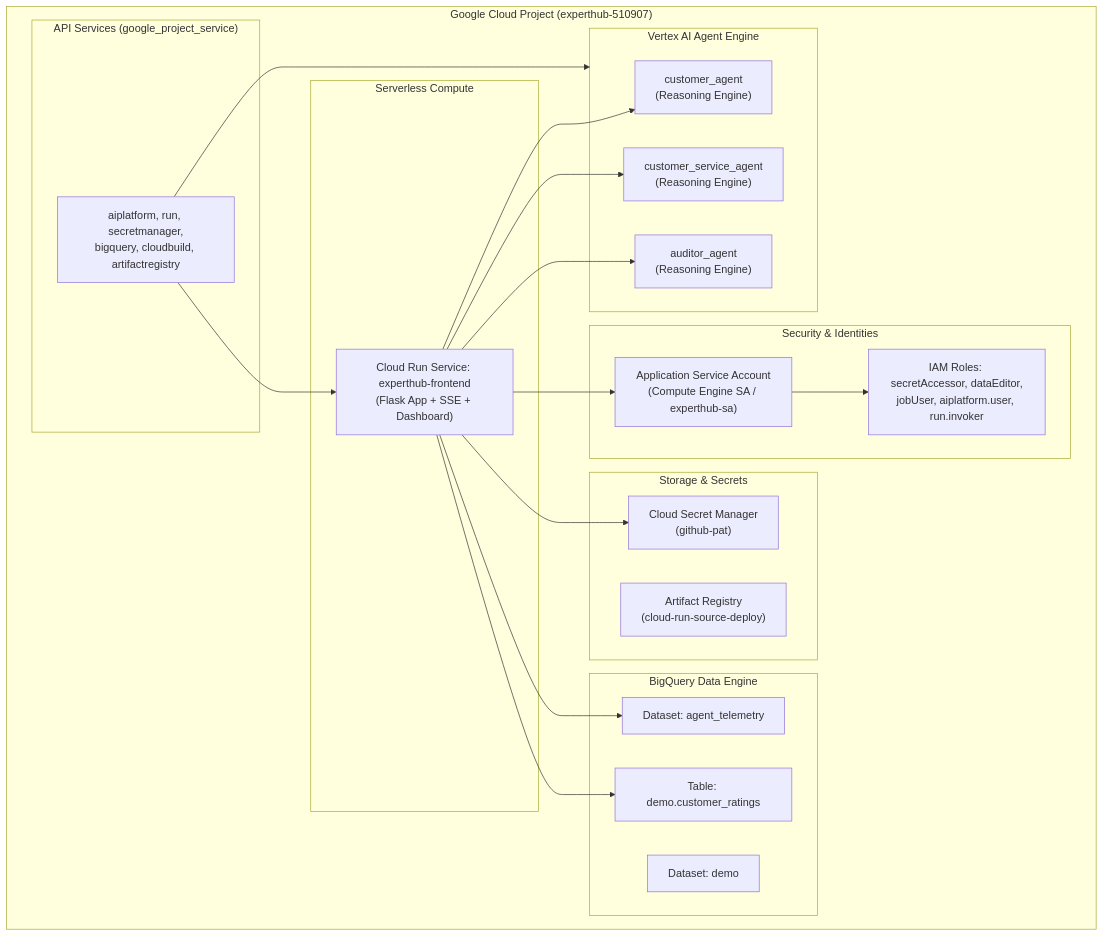
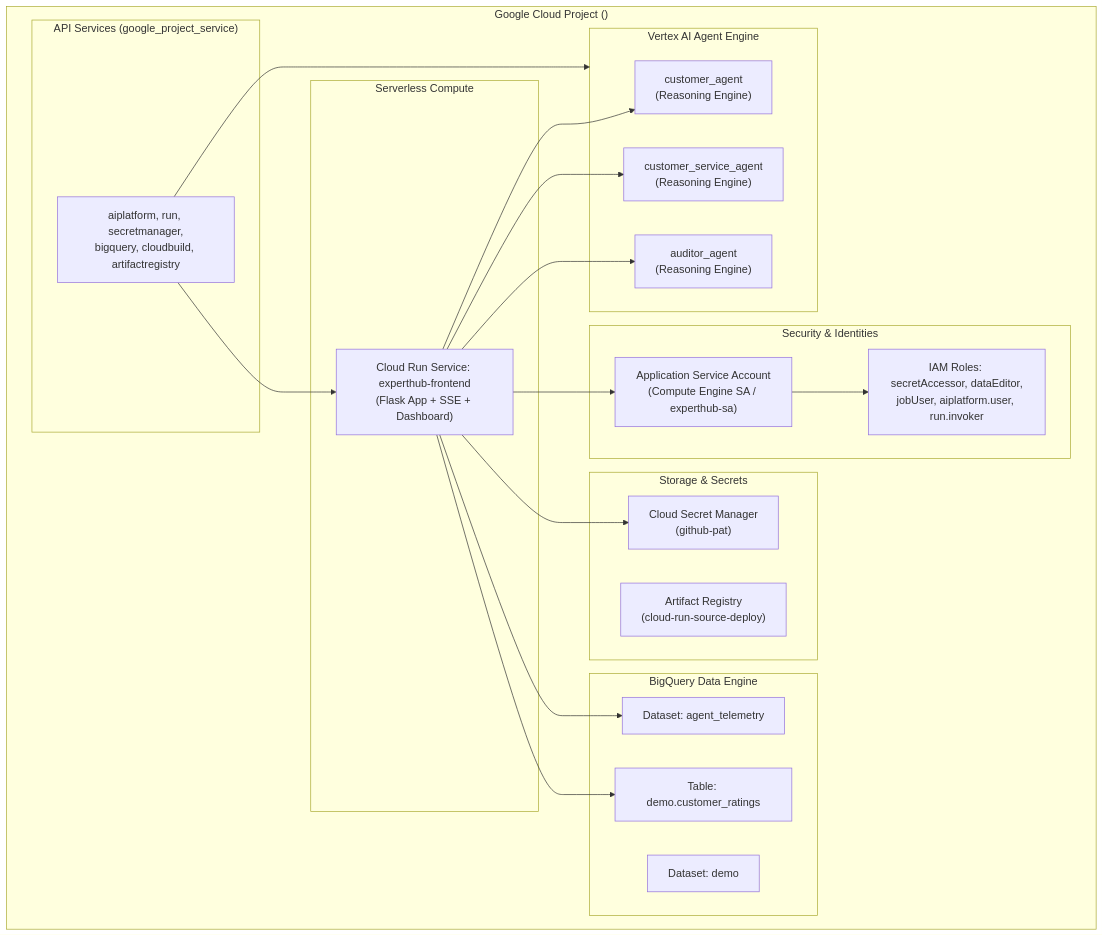
Before and after one commit to gshilo/experthub: the diagram in terraform/README.md, drawn with Mermaid. The commit also changed other lines of this file and 16 other files, not shown here.

````diff
--- a/terraform/README.md
+++ b/terraform/README.md
@@ -11,45 +11,45 @@
 ```mermaid
 flowchart TD
-    subgraph GCP["Google Cloud Project (experthub-510907)"]
+    subgraph GCP["Google Cloud Project (<YOUR_PROJECT_ID>)"]
         subgraph Services["API Services (google_project_service)"]
             APIs["aiplatform, run, secretmanager,<br/>bigquery, cloudbuild, artifactregistry"]
         end
 
         subgraph IAM["Security & Identities"]
             SA["Application Service Account<br/>(Compute Engine SA / experthub-sa)"]
             Roles["IAM Roles: secretAccessor, dataEditor,<br/>jobUser, aiplatform.user, run.invoker"]
         end
 
         subgraph Storage_Config["Storage & Secrets"]
             SecMgr["Cloud Secret Manager<br/>(github-pat)"]
             AR["Artifact Registry<br/>(cloud-run-source-deploy)"]
         end
 
         subgraph Observability["BigQuery Data Engine"]
             BQTele["Dataset: agent_telemetry"]
             BQDemo["Dataset: demo"]
             BQTable["Table: demo.customer_ratings"]
         end
 
         subgraph Compute["Serverless Compute"]
             CloudRun["Cloud Run Service: experthub-frontend<br/>(Flask App + SSE + Dashboard)"]
         end
 
         subgraph AgentEngine["Vertex AI Agent Engine"]
             CustAgent["customer_agent<br/>(Reasoning Engine)"]
             CSAgent["customer_service_agent<br/>(Reasoning Engine)"]
             AudAgent["auditor_agent<br/>(Reasoning Engine)"]
         end
     end
 
     APIs --> CloudRun
     APIs --> AgentEngine
     SA --> Roles
     CloudRun --> SA
     CloudRun --> SecMgr
     CloudRun --> BQTele
     CloudRun --> BQTable
     CloudRun --> CustAgent
     CloudRun --> CSAgent
     CloudRun --> AudAgent
 ```
````
